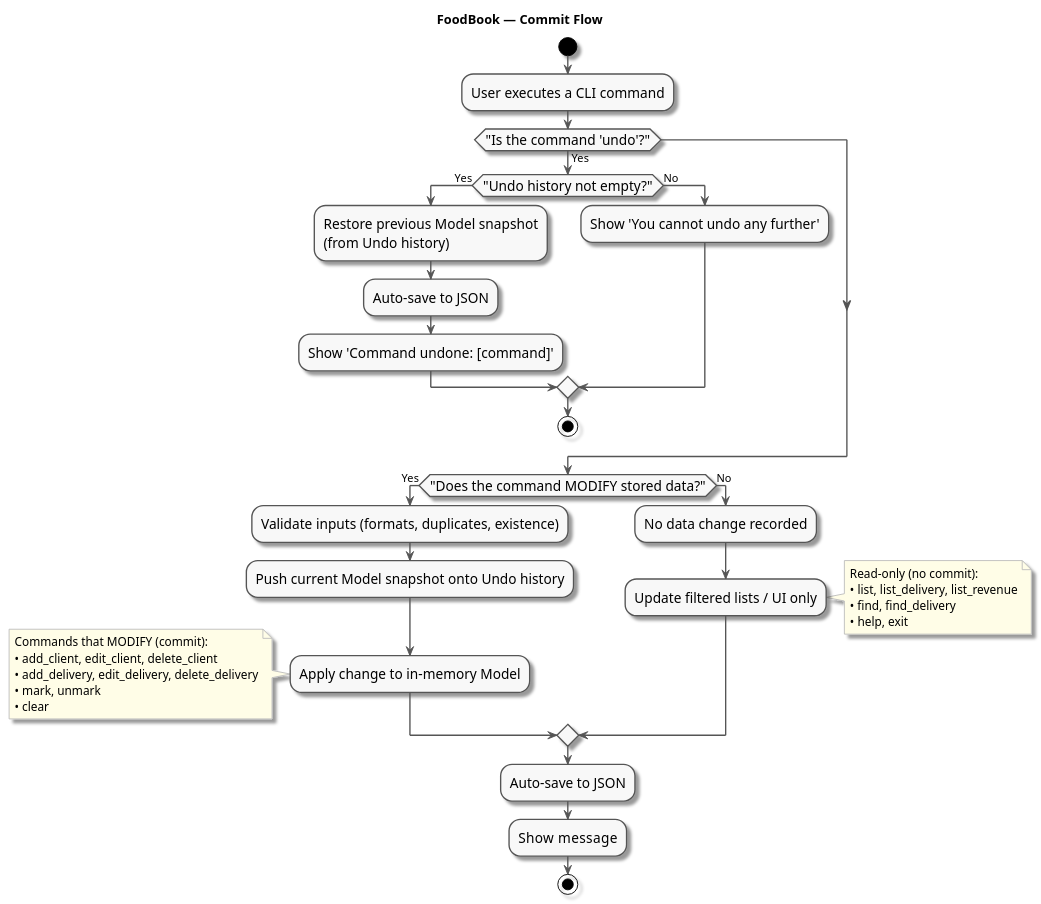
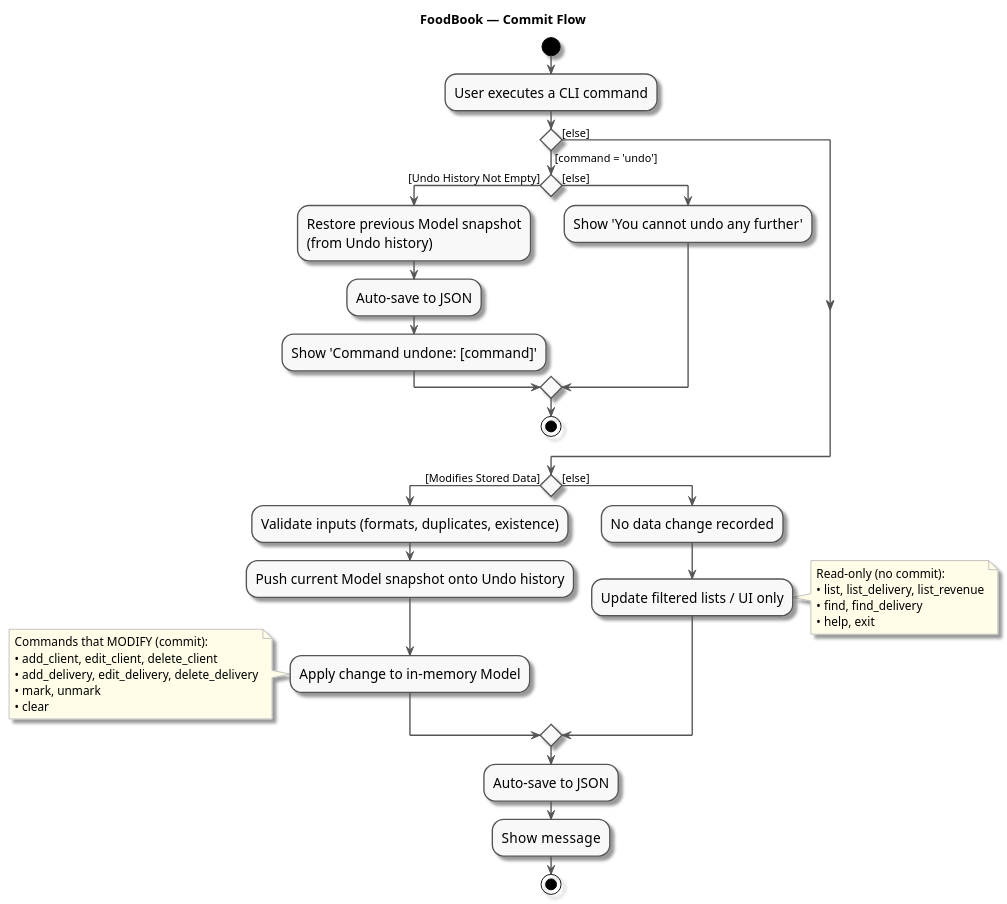
Before and after one commit to AY2526S1-CS2103T-F14a-1/tp: the diagram in diagrams/CommitActivityDiagram.puml, drawn with PlantUML. The commit also changed 32 other files, not shown here.

```diff
--- a/diagrams/CommitActivityDiagram.puml
+++ b/diagrams/CommitActivityDiagram.puml
@@ -1,52 +1,53 @@
 @startuml
 skin rose
 skinparam ActivityFontSize 15
 skinparam ArrowFontSize 12
 skinparam ActivityBorderColor #555555
 skinparam ActivityBackgroundColor #f8f8f8
 skinparam ArrowColor #555555
 skinparam NoteBackgroundColor #fffde7
 skinparam NoteBorderColor #bdbdbd
 title FoodBook — Commit Flow
 
 start
 :User executes a CLI command;
 
 ' 1) Handle UNDO explicitly (no Redo feature in app)
-if ("Is the command 'undo'?") then (Yes)
-  if ("Undo history not empty?") then (Yes)
+if () then ([command = 'undo'])
+  if () then ([Undo History Not Empty])
     :Restore previous Model snapshot\n(from Undo history);
     :Auto-save to JSON;
     :Show 'Command undone: [command]';
-  else (No)
+  else ([else])
     :Show 'You cannot undo any further';
   endif
   stop
+  else ([else])
 endif
 
 ' 2) For non-undo commands, check if they modify data
-if ("Does the command MODIFY stored data?") then (Yes)
+if () then ([Modifies Stored Data])
   :Validate inputs (formats, duplicates, existence);
   :Push current Model snapshot onto Undo history;
   :Apply change to in-memory Model;
   note left
     Commands that MODIFY (commit):
     • add_client, edit_client, delete_client
     • add_delivery, edit_delivery, delete_delivery
     • mark, unmark
     • clear
   end note
-else (No)
+else ([else])
   :No data change recorded;
   :Update filtered lists / UI only;
   note right
     Read-only (no commit):
     • list, list_delivery, list_revenue
     • find, find_delivery
     • help, exit
   end note
 endif
 :Auto-save to JSON;
 :Show  message;
 stop
 @enduml
```
